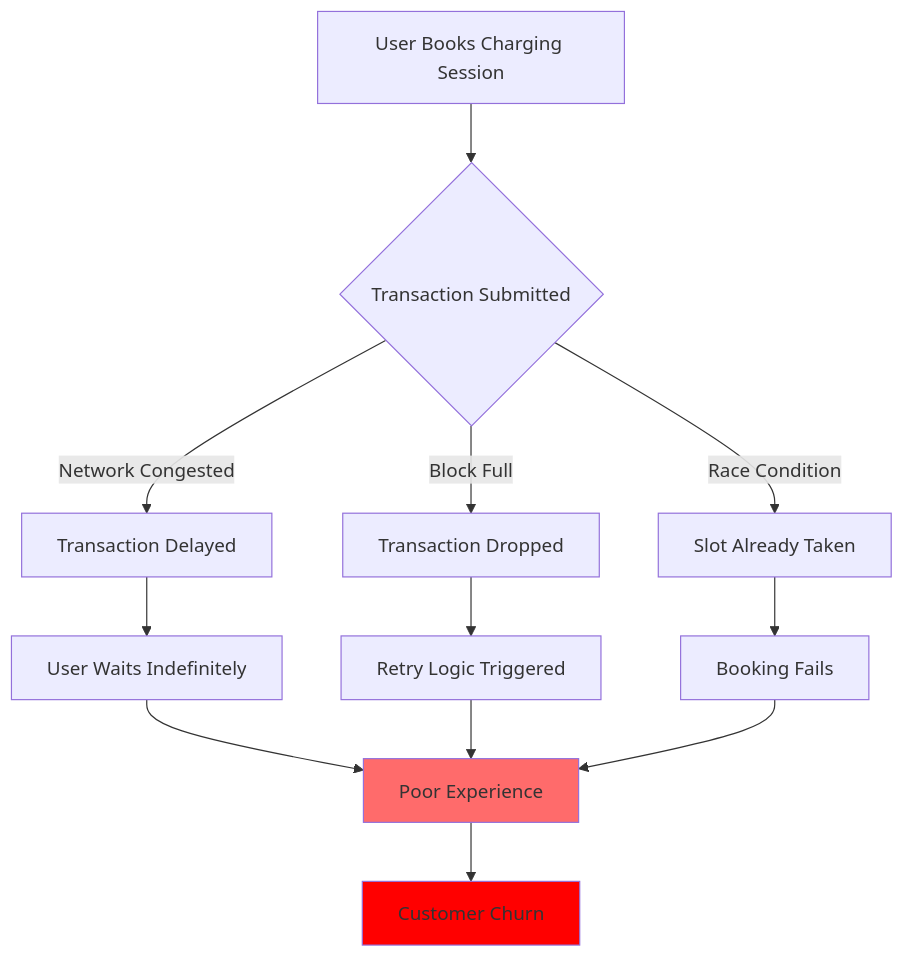
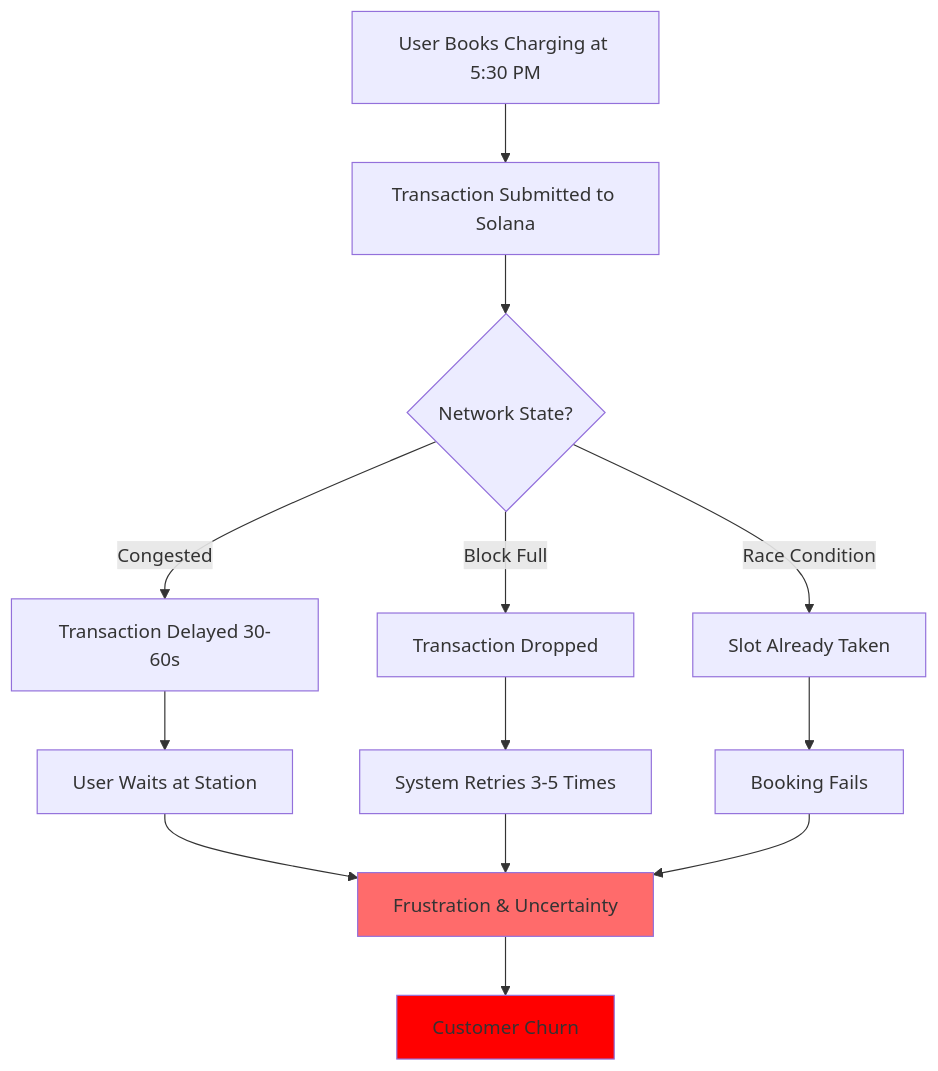
Before and after one commit to 7ttp/raiku-x-dewatt: the first of 5 diagrams in README.md, drawn with Mermaid. The commit also changed other lines of this file, not shown here.

````diff
--- a/README.md
+++ b/README.md
@@ -74,17 +99,18 @@
 ```mermaid
 graph TD
-    A[User Books Charging Session] --> B{Transaction Submitted}
-    B -->|Network Congested| C[Transaction Delayed]
-    B -->|Block Full| D[Transaction Dropped]
-    B -->|Race Condition| E[Slot Already Taken]
-    C --> F[User Waits Indefinitely]
-    D --> G[Retry Logic Triggered]
-    E --> H[Booking Fails]
-    F --> I[Poor Experience]
-    G --> I
-    H --> I
-    I --> J[Customer Churn]
+    A[User Books Charging at 5:30 PM] --> B[Transaction Submitted to Solana]
+    B --> C{Network State?}
+    C -->|Congested| D[Transaction Delayed 30-60s]
+    C -->|Block Full| E[Transaction Dropped]
+    C -->|Race Condition| F[Slot Already Taken]
+    D --> G[User Waits at Station]
+    E --> H[System Retries 3-5 Times]
+    F --> I[Booking Fails]
+    G --> J[Frustration & Uncertainty]
+    H --> J
+    I --> J
+    J --> K[Customer Churn]
     
-    style I fill:#ff6b6b
-    style J fill:#ff0000
+    style J fill:#ff6b6b
+    style K fill:#ff0000
 ```
````
